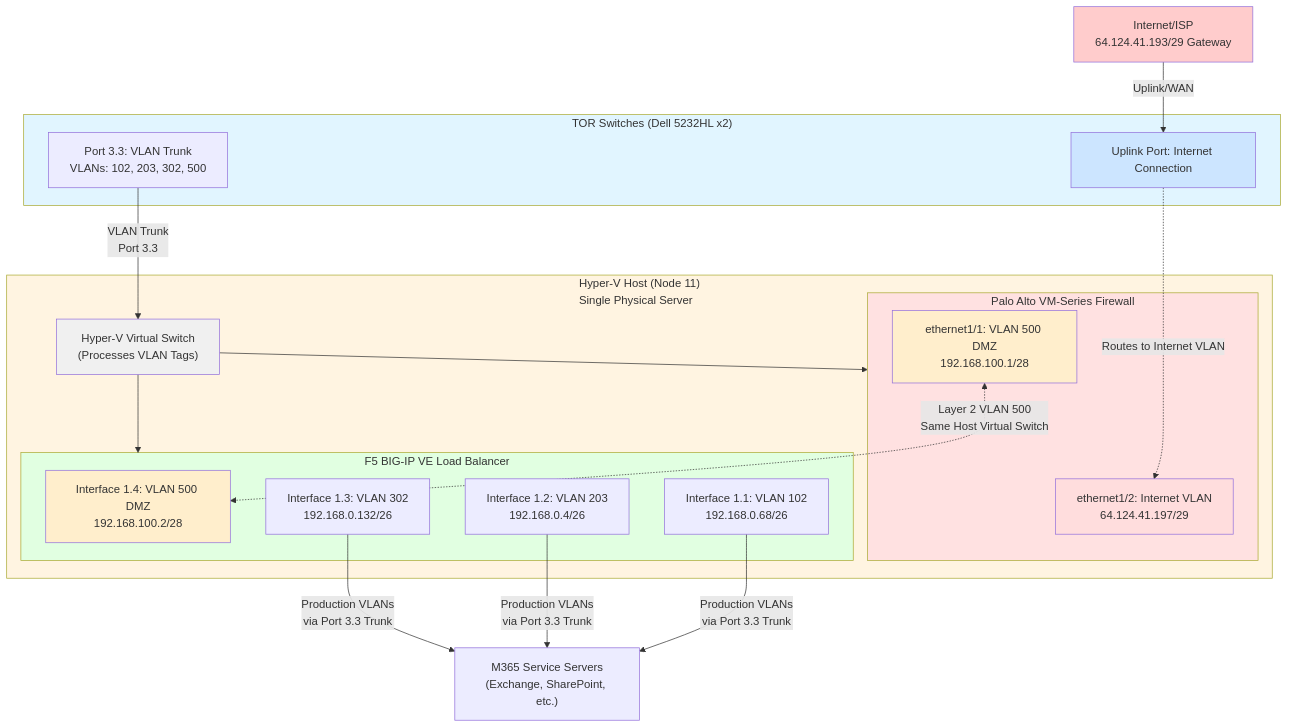
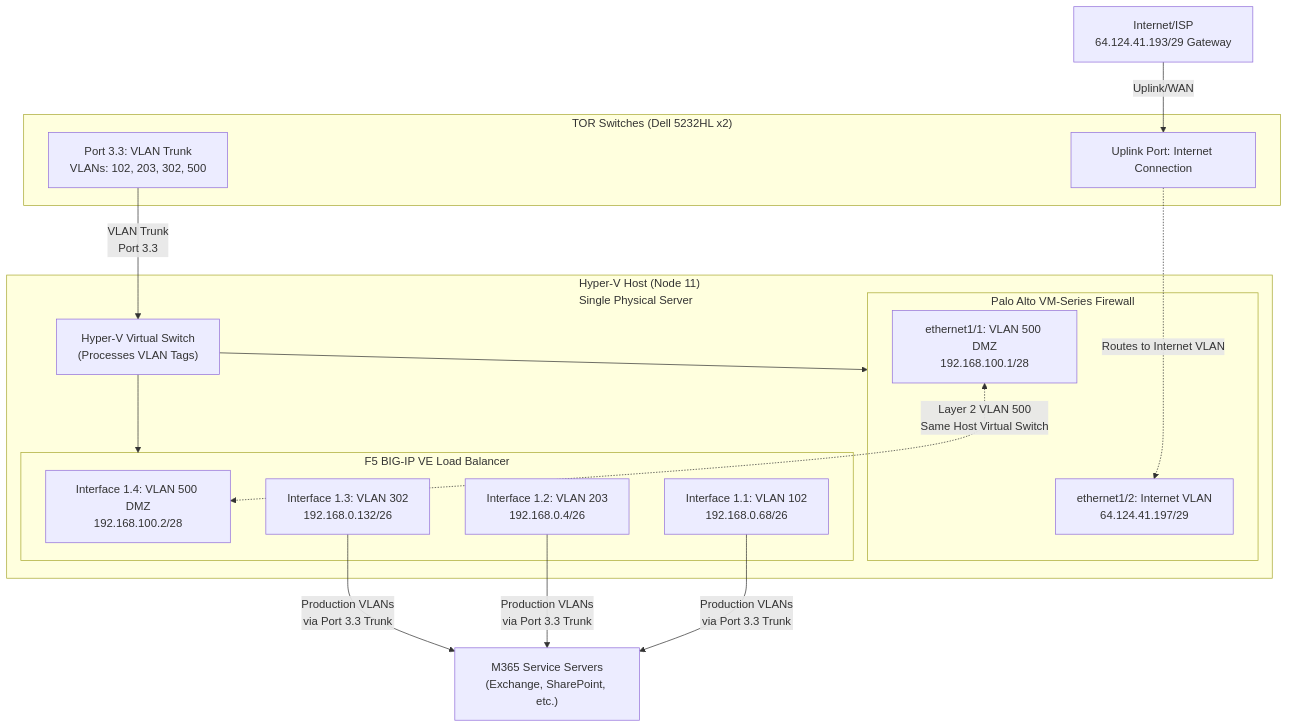
The first of 4 diagrams in TSG/Networking/M365/M365_Network_Design_Implementation_Guide.md (Azure/AzureLocal-Supportability), drawn with Mermaid before and after one commit. The commit also changed other lines of this file, not shown here.

Commit message:
change mermaid diagram color to default to fit for different view color contrast

````diff
--- a/TSG/Networking/M365/M365_Network_Design_Implementation_Guide.md
+++ b/TSG/Networking/M365/M365_Network_Design_Implementation_Guide.md
@@ -117,47 +117,37 @@
 ```mermaid
 flowchart TD
     Internet[Internet/ISP<br/>64.124.41.193/29 Gateway]
     
     subgraph TOR["TOR Switches (Dell 5232HL x2)"]
         TORUplink["Uplink Port: Internet Connection"]
         Port33["Port 3.3: VLAN Trunk<br/>VLANs: 102, 203, 302, 500"]
     end
     
     subgraph HyperV["Hyper-V Host (Node 11)<br/>Single Physical Server"]
         vSwitch["Hyper-V Virtual Switch<br/>(Processes VLAN Tags)"]
         
         subgraph PAVM["Palo Alto VM-Series Firewall"]
             PA_WAN["ethernet1/2: Internet VLAN<br/>64.124.41.197/29"]
             PA_DMZ["ethernet1/1: VLAN 500 DMZ<br/>192.168.100.1/28"]
         end
         
         subgraph F5VM["F5 BIG-IP VE Load Balancer"]
             F5_DMZ["Interface 1.4: VLAN 500 DMZ<br/>192.168.100.2/28"]
             F5_102["Interface 1.1: VLAN 102<br/>192.168.0.68/26"]
             F5_203["Interface 1.2: VLAN 203<br/>192.168.0.4/26"]
             F5_302["Interface 1.3: VLAN 302<br/>192.168.0.132/26"]
         end
         
         vSwitch --> PAVM
         vSwitch --> F5VM
     end
     
     Servers["M365 Service Servers<br/>(Exchange, SharePoint, etc.)"]
     
     Internet -->|Uplink/WAN| TORUplink
     TORUplink -.->|Routes to Internet VLAN| PA_WAN
     Port33 -->|VLAN Trunk<br/>Port 3.3| vSwitch
     PA_DMZ <-.->|Layer 2 VLAN 500<br/>Same Host Virtual Switch| F5_DMZ
     F5_102 & F5_203 & F5_302 -->|Production VLANs<br/>via Port 3.3 Trunk| Servers
-    
-    style Internet fill:#ffcccc
-    style TOR fill:#e1f5ff
-    style HyperV fill:#fff4e1
-    style PAVM fill:#ffe1e1
-    style F5VM fill:#e1ffe1
-    style vSwitch fill:#f0f0f0
-    style PA_WAN fill:#ffdddd
-    style PA_DMZ fill:#ffeecc
-    style F5_DMZ fill:#ffeecc
-    style TORUplink fill:#cce5ff
+
 ```
````
